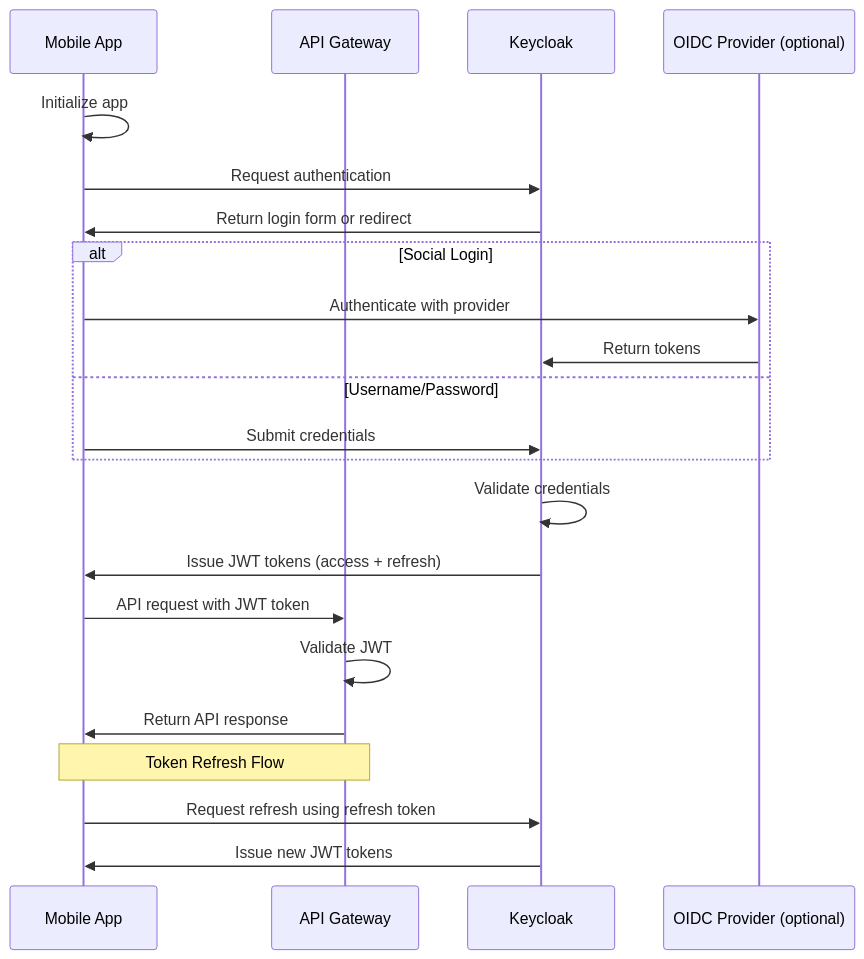
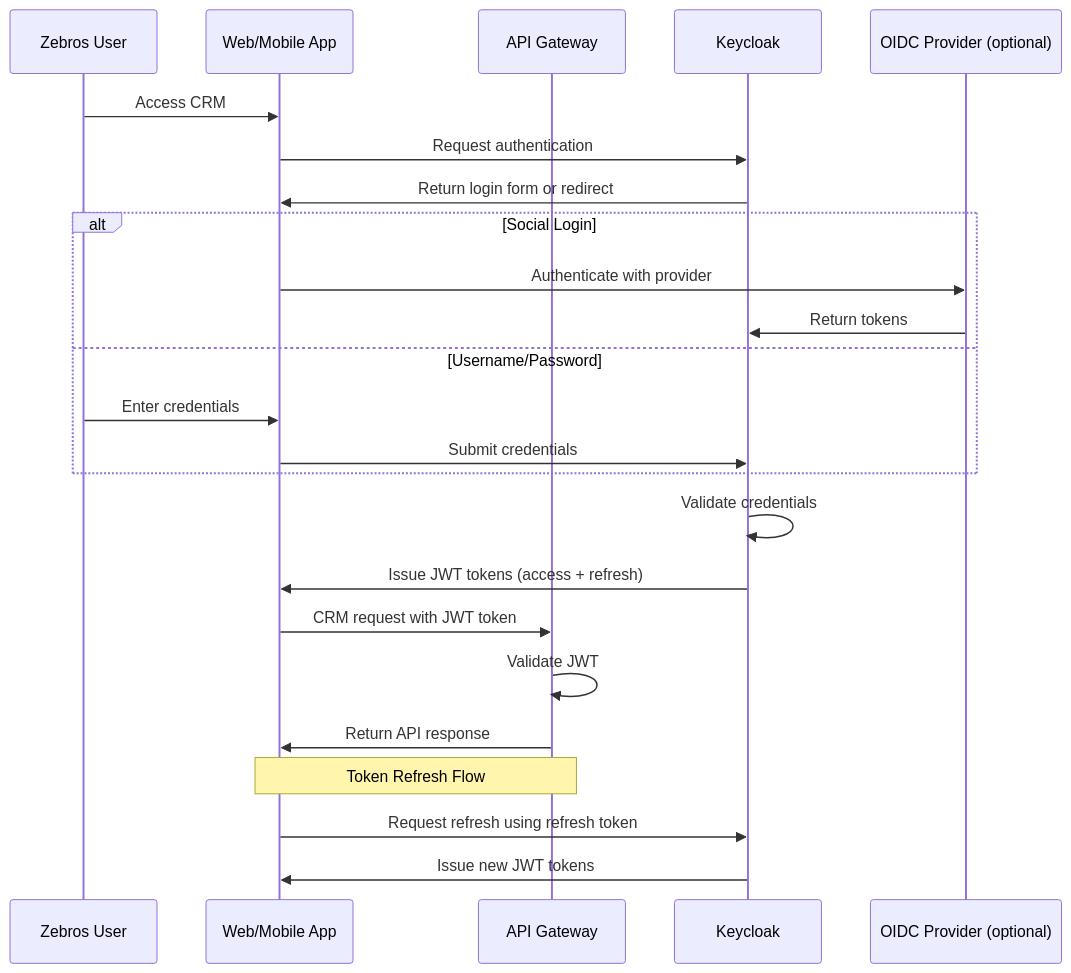
The first of 4 diagrams in architecture/auth.md (philkunz/fargate), drawn with Mermaid before and after one commit. The commit also changed other lines of this file and 11 other files, not shown here.

Commit message:
feat(documentation): Revamp Zebros CRM serverless architecture documentation with updated diagrams, expanded API, authentication, long-running tasks, data storage, and scaling details

````diff
--- a/architecture/auth.md
+++ b/architecture/auth.md
@@ -7,29 +7,31 @@
 ```mermaid
 sequenceDiagram
-    participant MobileApp as Mobile App
+    participant User as Zebros User
+    participant App as Web/Mobile App
     participant API as API Gateway
     participant KC as Keycloak
     participant OIDC as OIDC Provider (optional)
     
-    MobileApp->>MobileApp: Initialize app
-    MobileApp->>KC: Request authentication
-    KC->>MobileApp: Return login form or redirect
+    User->>App: Access CRM
+    App->>KC: Request authentication
+    KC->>App: Return login form or redirect
     
     alt Social Login
-        MobileApp->>OIDC: Authenticate with provider
+        App->>OIDC: Authenticate with provider
         OIDC->>KC: Return tokens
     else Username/Password
-        MobileApp->>KC: Submit credentials
+        User->>App: Enter credentials
+        App->>KC: Submit credentials
     end
     
     KC->>KC: Validate credentials
-    KC->>MobileApp: Issue JWT tokens (access + refresh)
-    MobileApp->>API: API request with JWT token
+    KC->>App: Issue JWT tokens (access + refresh)
+    App->>API: CRM request with JWT token
     API->>API: Validate JWT
-    API->>MobileApp: Return API response
+    API->>App: Return API response
     
-    Note over MobileApp, API: Token Refresh Flow
+    Note over App, API: Token Refresh Flow
     
-    MobileApp->>KC: Request refresh using refresh token
-    KC->>MobileApp: Issue new JWT tokens
+    App->>KC: Request refresh using refresh token
+    KC->>App: Issue new JWT tokens
 ```
````
